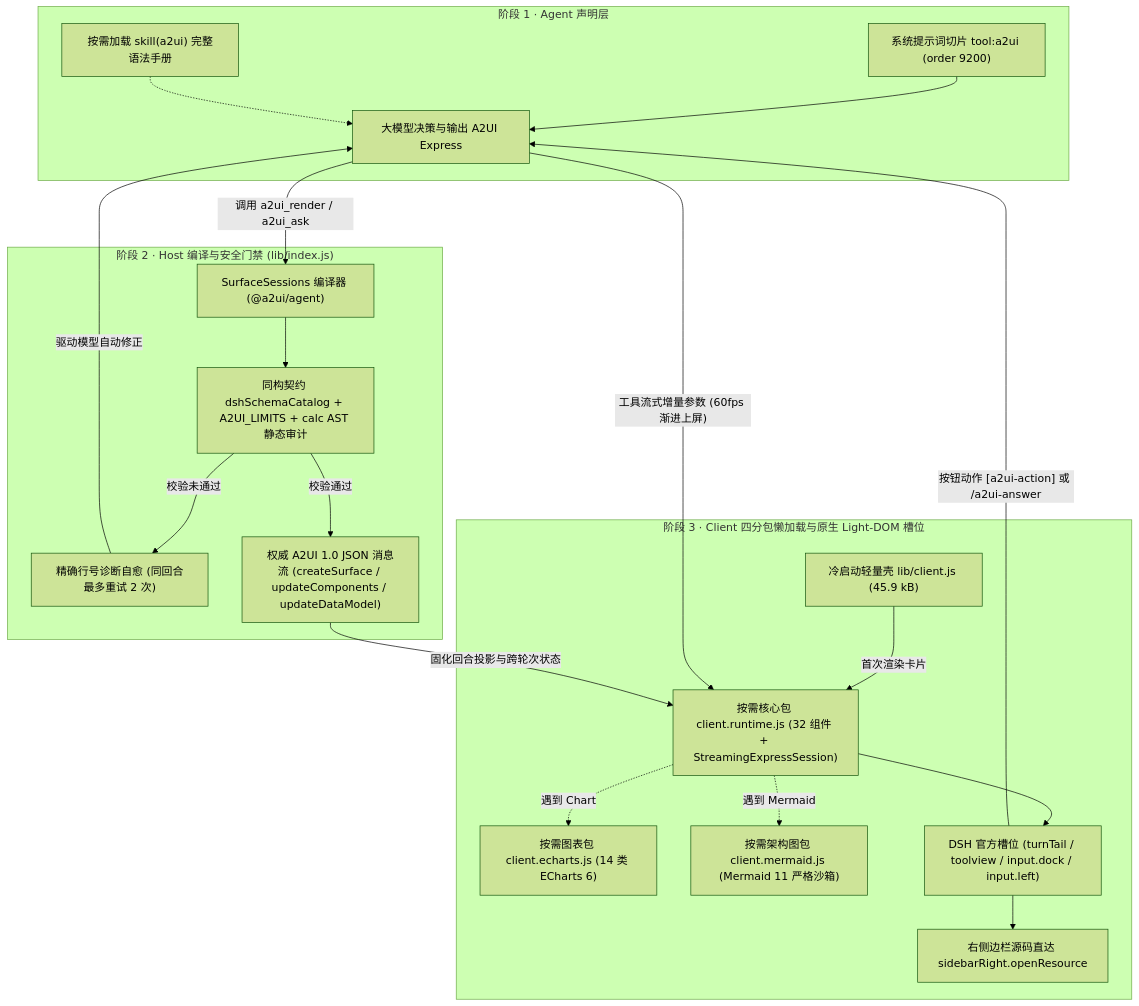
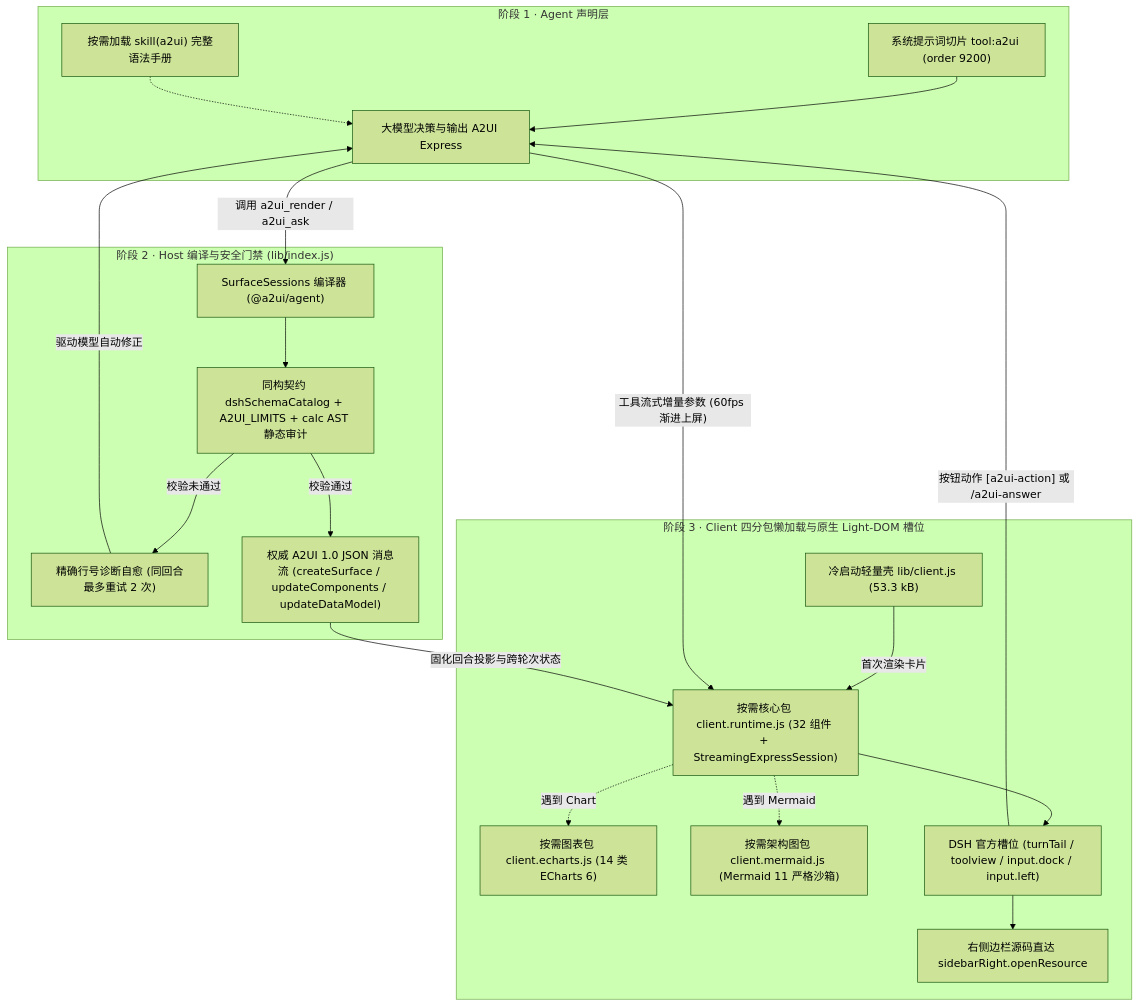
The diagram in docs/DEVELOPMENT.zh-CN.md (Geekhyt/dsh-genui-a2ui), drawn with Mermaid (forest theme) before and after one commit. The commit also changed other lines of this file and 13 other files, not shown here.

````diff
--- a/docs/DEVELOPMENT.zh-CN.md
+++ b/docs/DEVELOPMENT.zh-CN.md
@@ -17,40 +17,40 @@
 ```mermaid
 flowchart TB
   subgraph S1["阶段 1 · Agent 声明层"]
     P["系统提示词切片 tool:a2ui (order 9200)"]
     SK["按需加载 skill(a2ui) 完整语法手册"]
     LLM["大模型决策与输出 A2UI Express"]
     P --> LLM
     SK -.-> LLM
   end
 
   subgraph S2["阶段 2 · Host 编译与安全门禁 (lib/index.js)"]
     COMP["SurfaceSessions 编译器 (@a2ui/agent)"]
     ZOD["同构契约 dshSchemaCatalog + A2UI_LIMITS + calc AST 静态审计"]
     REPAIR["精确行号诊断自愈 (同回合最多重试 2 次)"]
     WIRE["权威 A2UI 1.0 JSON 消息流 (createSurface / updateComponents / updateDataModel)"]
     COMP --> ZOD
     ZOD -->|"校验未通过"| REPAIR
     REPAIR -->|"驱动模型自动修正"| LLM
     ZOD -->|"校验通过"| WIRE
   end
 
   subgraph S3["阶段 3 · Client 四分包懒加载与原生 Light-DOM 槽位"]
-    SHELL["冷启动轻量壳 lib/client.js (45.9 kB)"]
+    SHELL["冷启动轻量壳 lib/client.js (53.3 kB)"]
     RT["按需核心包 client.runtime.js (32 组件 + StreamingExpressSession)"]
     EC["按需图表包 client.echarts.js (14 类 ECharts 6)"]
     MM["按需架构图包 client.mermaid.js (Mermaid 11 严格沙箱)"]
     SLOTS["DSH 官方槽位 (turnTail / toolview / input.dock / input.left)"]
     SIDE["右侧边栏源码直达 sidebarRight.openResource"]
     SHELL -->|"首次渲染卡片"| RT
     RT -.->|"遇到 Chart"| EC
     RT -.->|"遇到 Mermaid"| MM
     RT --> SLOTS
     SLOTS --> SIDE
   end
 
   LLM -->|"工具流式增量参数 (60fps 渐进上屏)"| RT
   LLM -->|"调用 a2ui_render / a2ui_ask"| COMP
   WIRE -->|"固化回合投影与跨轮次状态"| RT
   SLOTS -->|"按钮动作 [a2ui-action] 或 /a2ui-answer"| LLM
 ```
````
